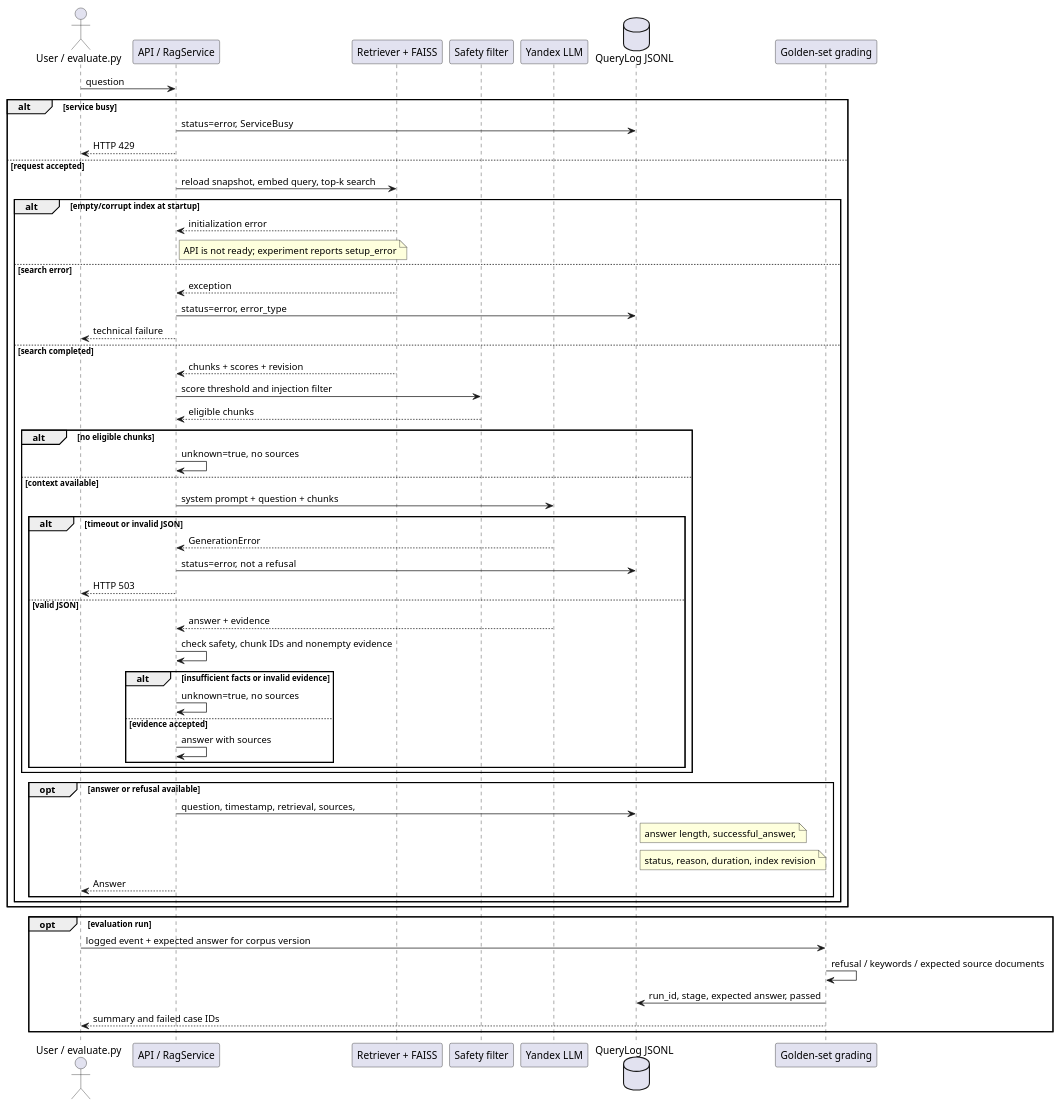
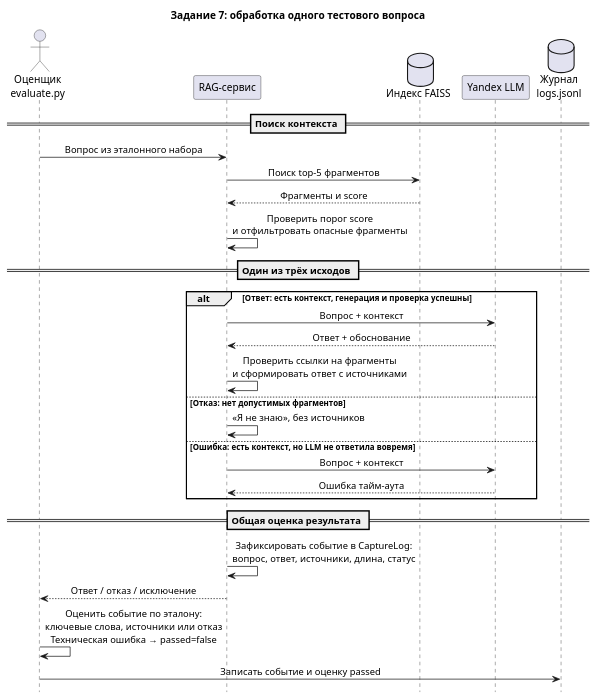
Before and after one commit to gigagrig/architecture-pro-rag: the diagram in task7_sequence.puml, drawn with PlantUML. The commit also changed 2 other files, not shown here.

Commit message:
task7 diagram update

```diff
--- a/task7_sequence.puml
+++ b/task7_sequence.puml
@@ -1,58 +1,38 @@
 @startuml
-actor "User / evaluate.py" as user
-participant "API / RagService" as rag
-participant "Retriever + FAISS" as retrieval
-participant "Safety filter" as safety
+title Задание 7: обработка одного тестового вопроса
+hide footbox
+skinparam shadowing false
+skinparam sequenceMessageAlign center
+skinparam responseMessageBelowArrow true
+
+actor "Оценщик\nevaluate.py" as evaluator
+participant "RAG-сервис" as rag
+database "Индекс FAISS" as index
 participant "Yandex LLM" as llm
-database "QueryLog JSONL" as log
-participant "Golden-set grading" as grader
-user -> rag : question
-alt service busy
-  rag -> log : status=error, ServiceBusy
-  rag --> user : HTTP 429
-else request accepted
-  rag -> retrieval : reload snapshot, embed query, top-k search
-  alt empty/corrupt index at startup
-    retrieval --> rag : initialization error
-    note right of rag : API is not ready; experiment reports setup_error
-  else search error
-    retrieval --> rag : exception
-    rag -> log : status=error, error_type
-    rag --> user : technical failure
-  else search completed
-    retrieval --> rag : chunks + scores + revision
-    rag -> safety : score threshold and injection filter
-    safety --> rag : eligible chunks
-    alt no eligible chunks
-      rag -> rag : unknown=true, no sources
-    else context available
-      rag -> llm : system prompt + question + chunks
-      alt timeout or invalid JSON
-        llm --> rag : GenerationError
-        rag -> log : status=error, not a refusal
-        rag --> user : HTTP 503
-      else valid JSON
-        llm --> rag : answer + evidence
-        rag -> rag : check safety, chunk IDs and nonempty evidence
-        alt insufficient facts or invalid evidence
-          rag -> rag : unknown=true, no sources
-        else evidence accepted
-          rag -> rag : answer with sources
-        end
-      end
-    end
-    opt answer or refusal available
-      rag -> log : question, timestamp, retrieval, sources,
-      note right of log : answer length, successful_answer,
-      note right of log : status, reason, duration, index revision
-      rag --> user : Answer
-    end
-  end
+database "Журнал\nlogs.jsonl" as log
+
+== Поиск контекста ==
+evaluator -> rag : Вопрос из эталонного набора
+rag -> index : Поиск top-5 фрагментов
+index --> rag : Фрагменты и score
+rag -> rag : Проверить порог score\nи отфильтровать опасные фрагменты
+
+== Один из трёх исходов ==
+alt Ответ: есть контекст, генерация и проверка успешны
+  rag -> llm : Вопрос + контекст
+  llm --> rag : Ответ + обоснование
+  rag -> rag : Проверить ссылки на фрагменты\nи сформировать ответ с источниками
+else Отказ: нет допустимых фрагментов
+  rag -> rag : «Я не знаю», без источников
+else Ошибка: есть контекст, но LLM не ответила вовремя
+  rag -> llm : Вопрос + контекст
+  llm --> rag : Ошибка тайм-аута
 end
-opt evaluation run
-  user -> grader : logged event + expected answer for corpus version
-  grader -> grader : refusal / keywords / expected source documents
-  grader -> log : run_id, stage, expected answer, passed
-  grader --> user : summary and failed case IDs
-end
+
+== Общая оценка результата ==
+rag -> rag : Зафиксировать событие в CaptureLog:\nвопрос, ответ, источники, длина, статус
+rag --> evaluator : Ответ / отказ / исключение
+evaluator -> evaluator : Оценить событие по эталону:\nключевые слова, источники или отказ\nТехническая ошибка → passed=false
+evaluator -> log : Записать событие и оценку passed
+
 @enduml
```
